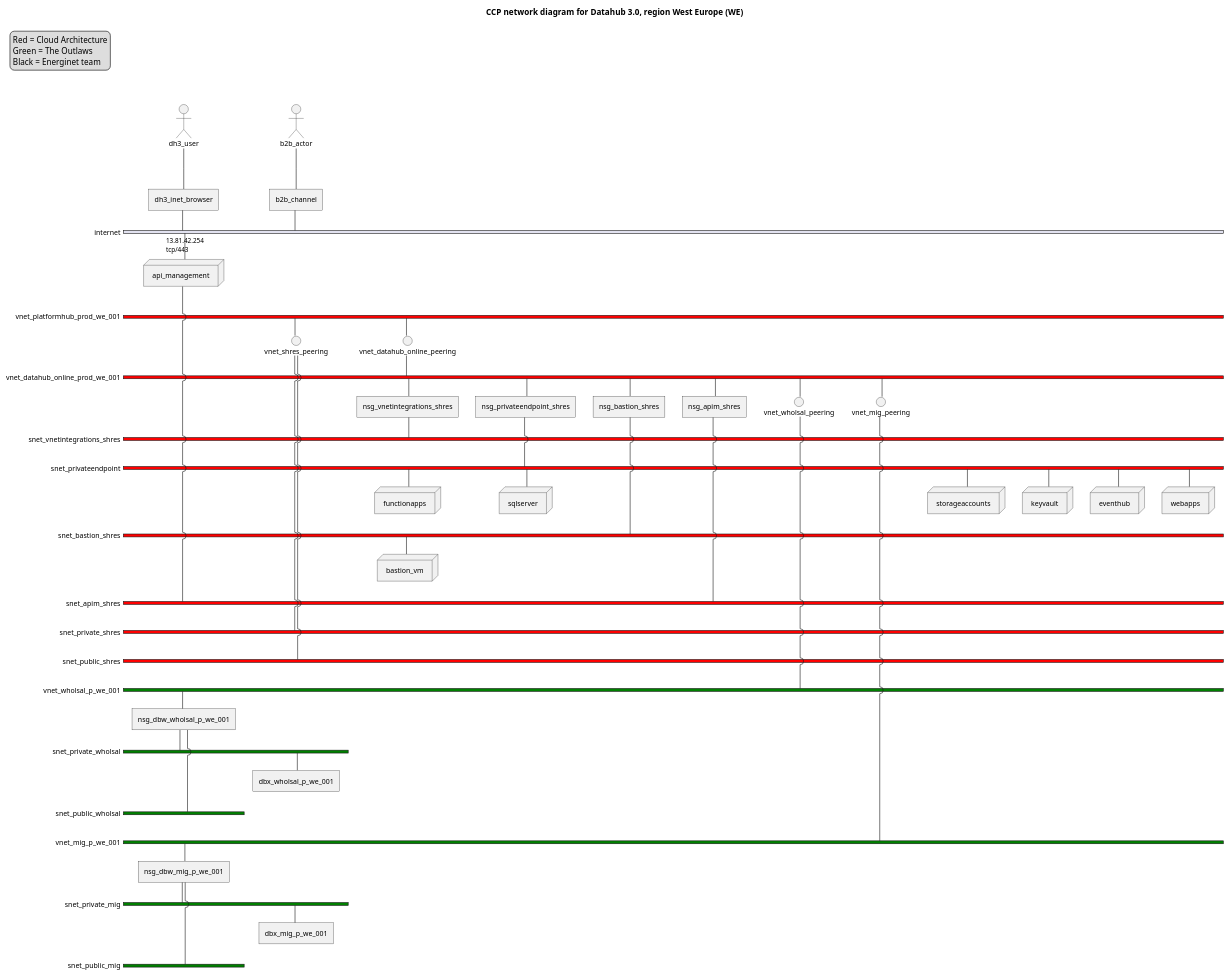
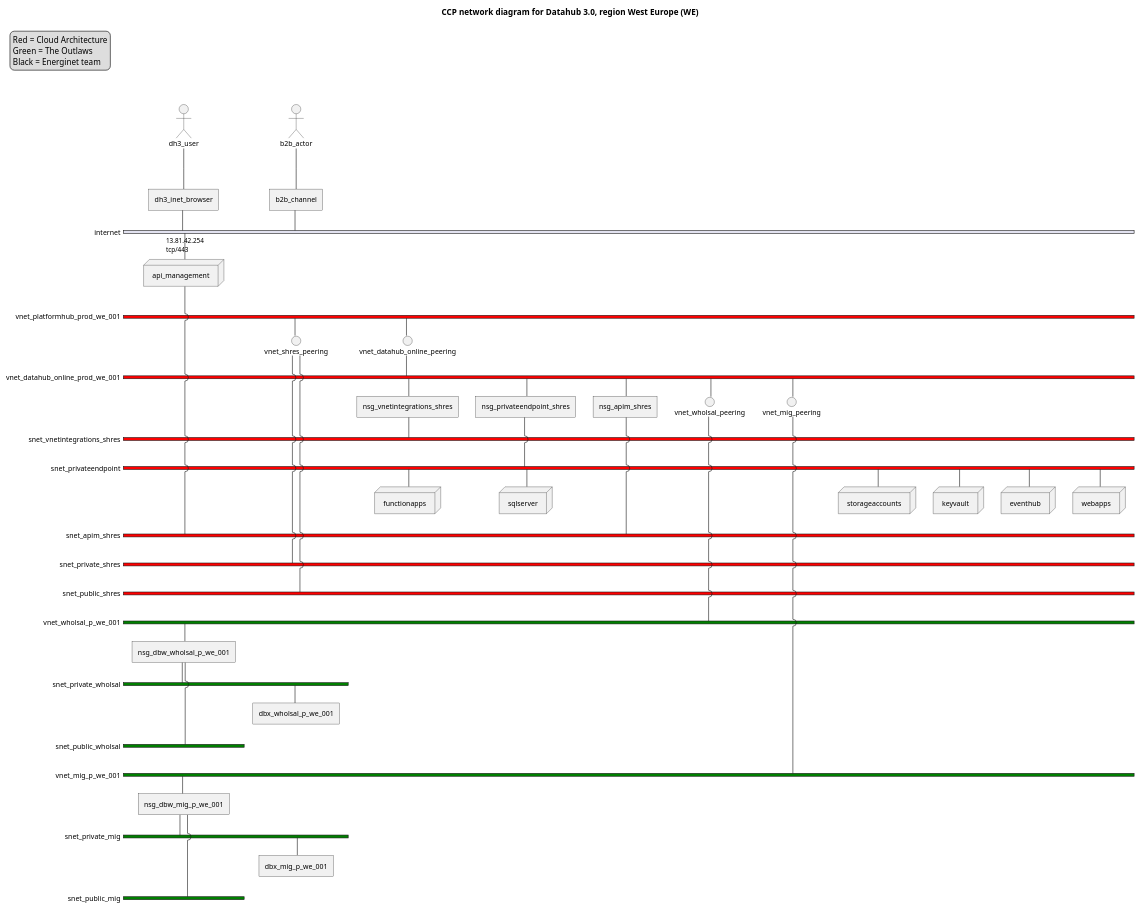
One commit to Energinet-DataHub/opengeh-wholesale changed the diagram in docs/diagrams/network/vnets_subnets.puml. Above: the diagram before and after it, drawn with PlantUML. The commit also changed other lines of this file, not shown here.

First line of the commit message:
Remove Bastion subnet (#708)

```diff
--- a/docs/diagrams/network/vnets_subnets.puml
+++ b/docs/diagrams/network/vnets_subnets.puml
@@ -6,131 +22,122 @@
 @startuml
 nwdiag {
 
   legend top left
   Red = Cloud Architecture
   Green = The Outlaws
   Black = Energinet team
   endlegend
 
 
   title CCP network diagram for Datahub 3.0, region West Europe (WE)
   dh3_user [shape = actor]
   dh3_user -- dh3_inet_browser
 
   b2b_actor [shape = actor]
   b2b_actor -- b2b_channel
 
   network internet {
     width = full
     dh3_inet_browser
     b2b_channel
     api_management [address = "13.81.42.254, tcp/443"]
   }
 
   'CAs VNET, outside subscription
   network vnet_platformhub_prod_we_001 {
     width = full
     color = "red"
     vnet_shres_peering [shape = interface]
     vnet_datahub_online_peering [shape = interface]
   }
 
   'VNET delivered by CA on subscription, peered to vnet_platformhub_prod_we_001
   network vnet_datahub_online_prod_we_001 {
     color = "red"
     vnet_datahub_online_peering
     nsg_vnetintegrations_shres
     nsg_privateendpoint_shres
-    nsg_bastion_shres
     nsg_apim_shres
     vnet_wholsal_peering [shape = interface]
     vnet_mig_peering [shape = interface]
     width = full
   }
-
 
   network snet_vnetintegrations_shres {
     color = "red"
     nsg_vnetintegrations_shres
     width = full
   }
 
   network snet_privateendpoint {
     color = "red"
     functionapps [shape = node]
     sqlserver [shape = node]
     storageaccounts [shape = node]
     keyvault [shape = node]
     eventhub [shape = node]
     webapps [shape = node]
     nsg_privateendpoint_shres
-    width = full
-  }
-
-  network snet_bastion_shres {
-    color = "red"
-    nsg_bastion_shres
-    bastion_vm [shape = node]
     width = full
   }
 
   network snet_apim_shres {
     color = "red"
     nsg_apim_shres
     api_management [shape = node]
     width = full
   }
 
   network snet_private_shres {
     color = "red"
     vnet_shres_peering
     width = full
   }
 
   network snet_public_shres {
     color = "red"
     vnet_shres_peering
     width = full
   }
 
 
   'Wholesale
   network vnet_wholsal_p_we_001 {
     color = "green"
     vnet_wholsal_peering
     nsg_dbw_wholsal_p_we_001
     width = full
   }
 
   network snet_private_wholsal {
     color = "green"
     nsg_dbw_wholsal_p_we_001
     dbx_wholsal_p_we_001
   }
 
   network snet_public_wholsal {
     color = "green"
     nsg_dbw_wholsal_p_we_001
   }
 
   'Migration
   network vnet_mig_p_we_001 {
     color = "green"
       vnet_mig_peering
       nsg_dbw_mig_p_we_001
       width = full
   }
 
   network snet_private_mig {
     color = "green"
     nsg_dbw_mig_p_we_001
     dbx_mig_p_we_001
   }
 
   network snet_public_mig {
     color = "green"
     nsg_dbw_mig_p_we_001
   }
 }
 
 @enduml
```
